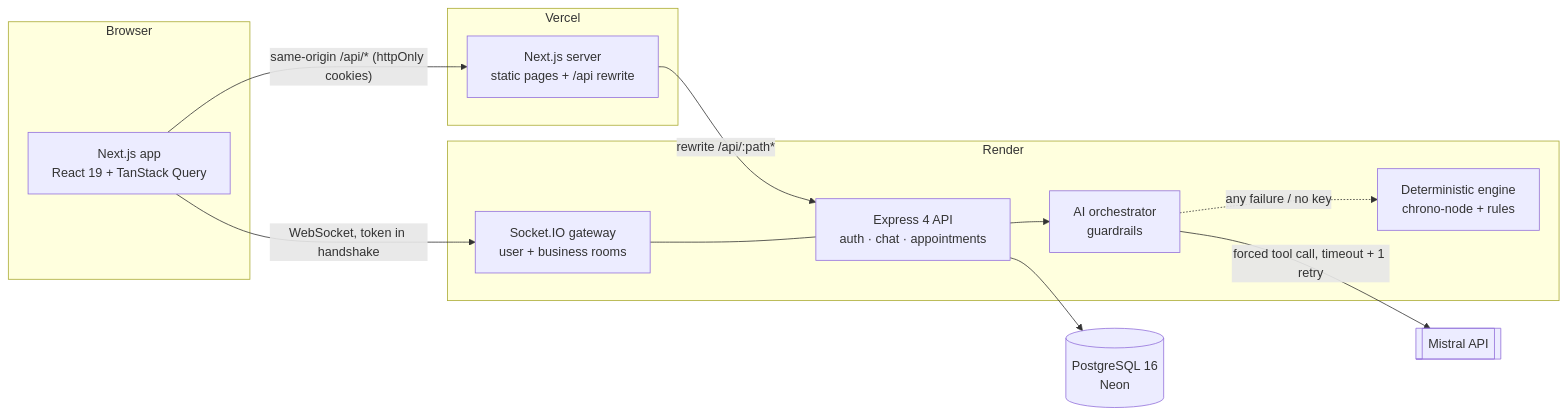
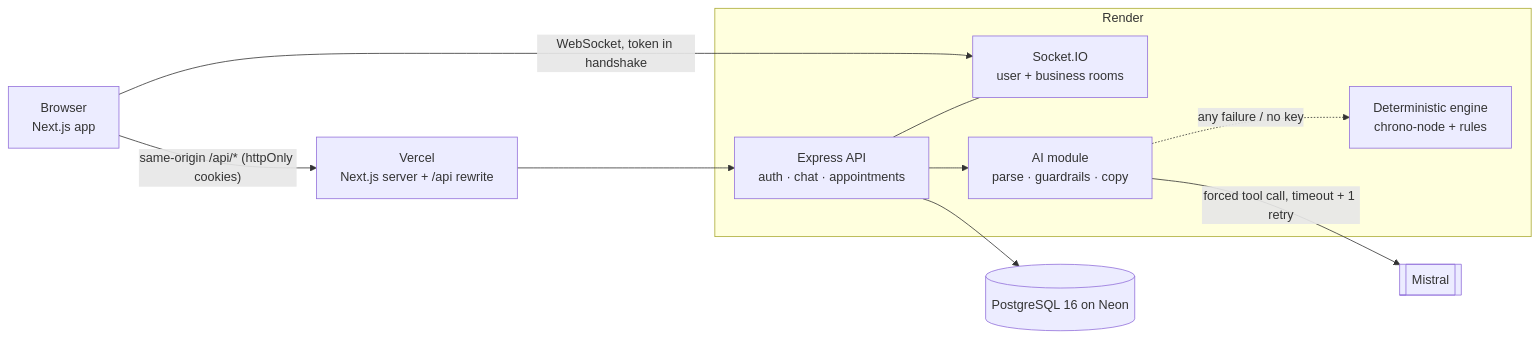
The first of 2 diagrams in README.md (alisafdar35/ai-appointment-booking), drawn with Mermaid before and after one commit. The commit also changed other lines of this file and 93 other files, not shown here.

````diff
--- a/README.md
+++ b/README.md
@@ -68,29 +55,13 @@
 ```mermaid
 flowchart LR
-  subgraph Browser
-    UI[Next.js app<br/>React 19 + TanStack Query]
+  UI[Browser<br/>Next.js app] -- "same-origin /api/* (httpOnly cookies)" --> NX[Vercel<br/>Next.js server + /api rewrite]
+  NX --> API
+  UI -- "WebSocket, token in handshake" --> WS
+  subgraph Render
+    API[Express API<br/>auth · chat · appointments] --- WS[Socket.IO<br/>user + business rooms]
+    API --> AI[AI module<br/>parse · guardrails · copy]
+    AI -. "any failure / no key" .-> FB[Deterministic engine<br/>chrono-node + rules]
   end
-
-  subgraph Vercel
-    NX[Next.js server<br/>static pages + /api rewrite]
-  end
-
-  subgraph Render
-    API[Express 4 API<br/>auth · chat · appointments]
-    WS[Socket.IO gateway<br/>user + business rooms]
-    AI[AI orchestrator<br/>guardrails]
-    FB[Deterministic engine<br/>chrono-node + rules]
-  end
-
-  DB[(PostgreSQL 16<br/>Neon)]
-  M[[Mistral API]]
-
-  UI -- "same-origin /api/* (httpOnly cookies)" --> NX
-  NX -- "rewrite /api/:path*" --> API
-  UI -- "WebSocket, token in handshake" --> WS
-  API --> AI
-  AI -- "forced tool call, timeout + 1 retry" --> M
-  AI -. "any failure / no key" .-> FB
-  API --> DB
-  WS --- API
+  AI -- "forced tool call, timeout + 1 retry" --> M[[Mistral]]
+  API --> DB[(PostgreSQL 16 on Neon)]
 ```
````
